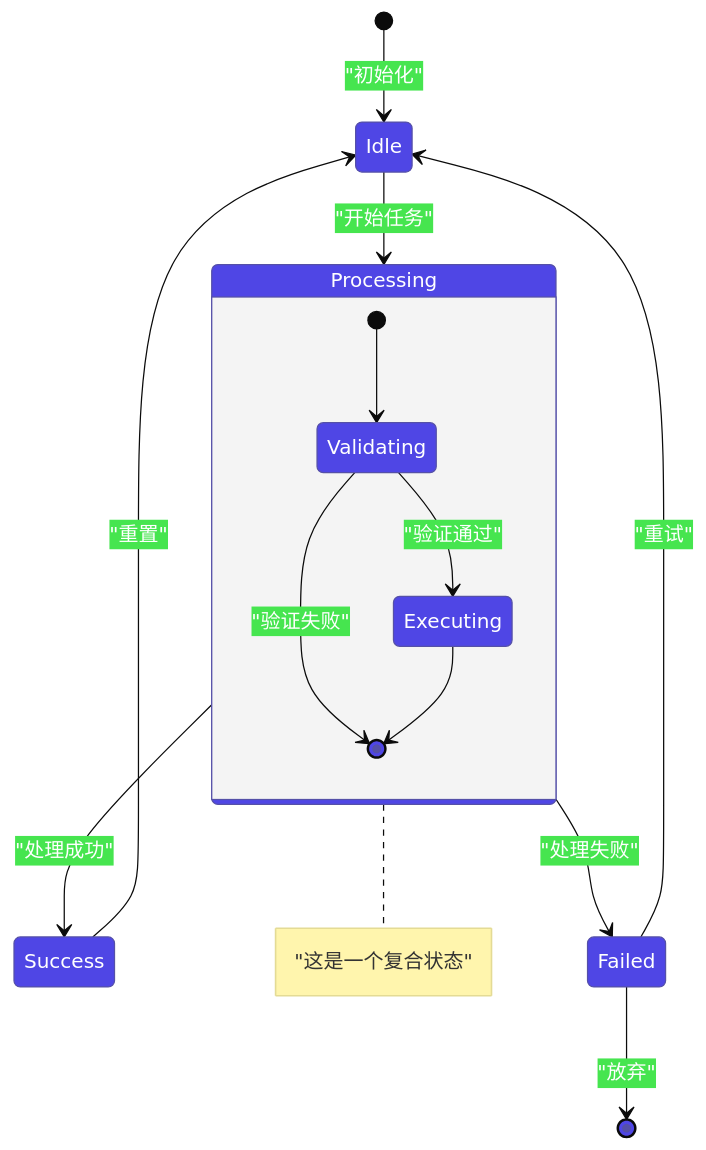
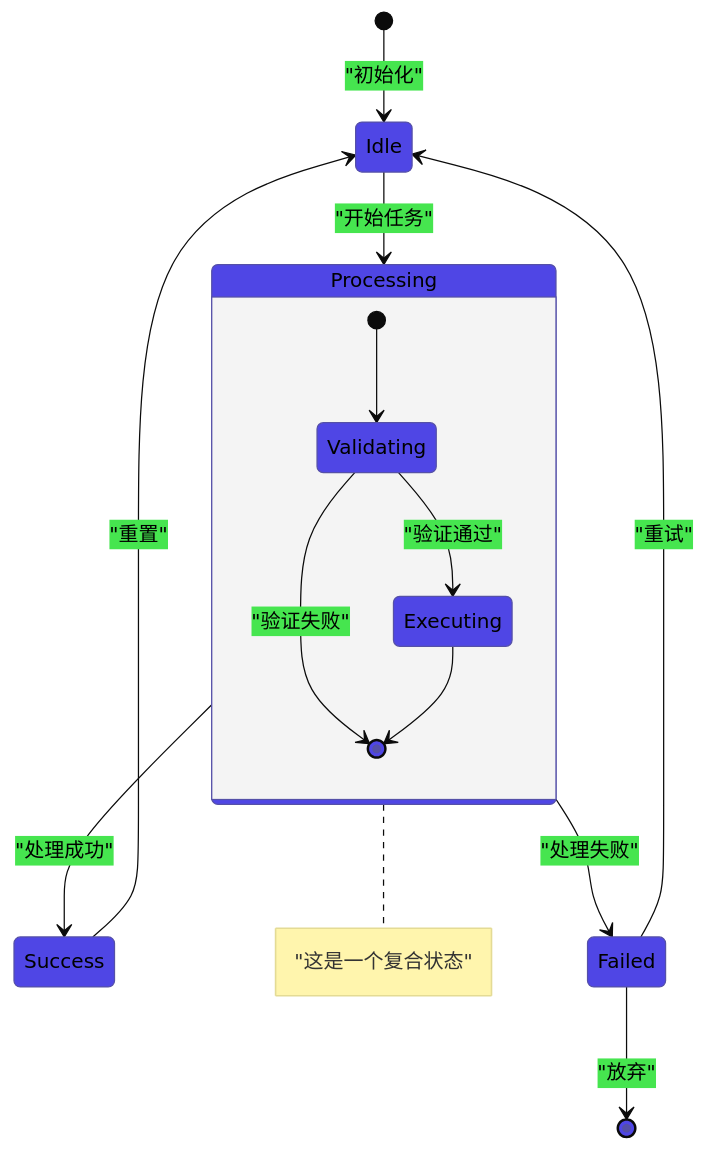
Before and after one commit to unix2dos/skills: the eighth of 17 diagrams in mermaid-generator/SKILL.md, drawn with Mermaid. The commit also changed other lines of this file, not shown here.

Commit message:
feat: Change text color to black for better readability

````diff
--- a/mermaid-generator/SKILL.md
+++ b/mermaid-generator/SKILL.md
@@ -269,22 +269,22 @@
 ```mermaid
-%%{init: {'theme': 'base', 'themeVariables': {'primaryColor': '#4F46E5', 'primaryTextColor': '#fff'}}}%%
+%%{init: {'theme': 'base', 'themeVariables': {'primaryColor': '#4F46E5', 'primaryTextColor': '#000'}}}%%
 stateDiagram-v2
     [*] --> Idle: "初始化"
 
     Idle --> Processing: "开始任务"
     Processing --> Success: "处理成功"
     Processing --> Failed: "处理失败"
 
     Success --> Idle: "重置"
     Failed --> Idle: "重试"
     Failed --> [*]: "放弃"
 
     state Processing {
         [*] --> Validating
         Validating --> Executing: "验证通过"
         Validating --> [*]: "验证失败"
         Executing --> [*]
     }
 
     note right of Processing: "这是一个复合状态"
 ```
````
